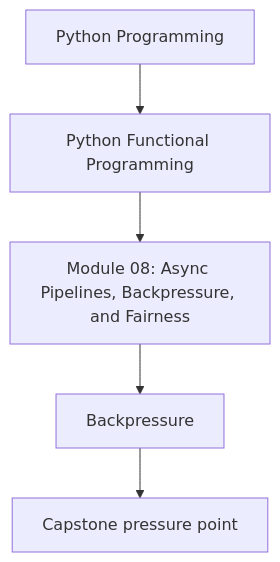
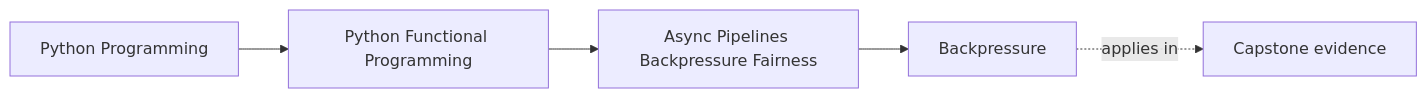
The first of 2 diagrams in programs/python-programming/python-functional-programming/course-book/module-08-async-pipelines-backpressure-fairness/backpressure.md (bijux/bijux-masterclass), drawn with Mermaid before and after one commit. The commit also changed other lines of this file and 108 other files, not shown here.

Commit message:
docs(python-functional-programming): map capstone and advanced design surfaces

````diff
--- a/programs/python-programming/python-functional-programming/course-book/module-08-async-pipelines-backpressure-fairness/backpressure.md
+++ b/programs/python-programming/python-functional-programming/course-book/module-08-async-pipelines-backpressure-fairness/backpressure.md
@@ -7,7 +7,11 @@
 ```mermaid
-flowchart TD
-  family["Python Programming"] --> program["Python Functional Programming"]
-  program --> module["Module 08: Async Pipelines, Backpressure, and Fairness"]
-  module --> concept["Backpressure"]
-  concept --> capstone["Capstone pressure point"]
+graph LR
+  family["Python Programming"]
+  program["Python Functional Programming"]
+  section["Async Pipelines Backpressure Fairness"]
+  page["Backpressure"]
+  capstone["Capstone evidence"]
+
+  family --> program --> section --> page
+  page -.applies in.-> capstone
 ```
````
